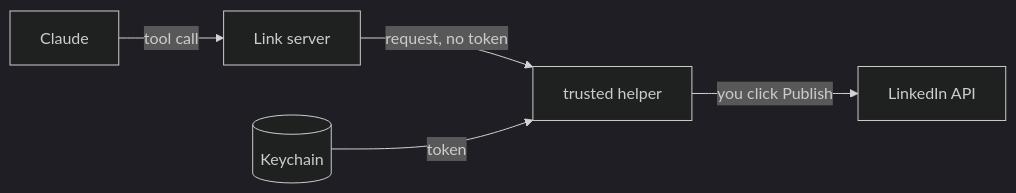
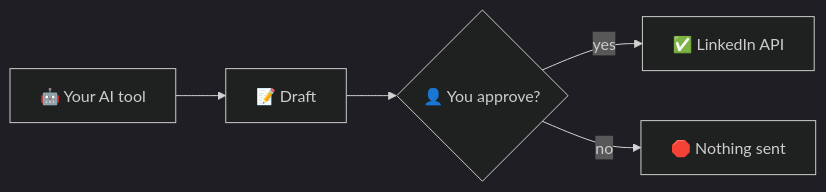
One commit to Colorado-Startups/link changed the diagram in README.md. Above: the diagram before and after it, drawn with Mermaid (dark theme). The commit also changed other lines of this file and 11 other files, not shown here.

````diff
--- a/README.md
+++ b/README.md
@@ -7,7 +11,7 @@
 ```mermaid
 flowchart LR
-  C[Claude] -->|tool call| L[Link server]
-  L -->|request, no token| T[trusted helper]
-  K[(Keychain)] -->|token| T
-  T -->|you click Publish| A[LinkedIn API]
+  A[🤖 Your AI tool] --> B[📝 Draft]
+  B --> C{👤 You approve?}
+  C -->|yes| D[✅ LinkedIn API]
+  C -->|no| E[🛑 Nothing sent]
 ```
````
